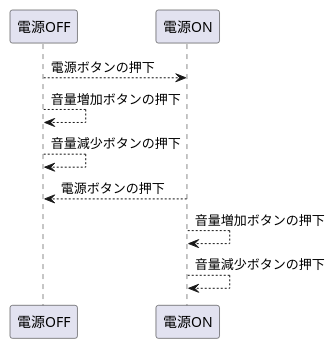
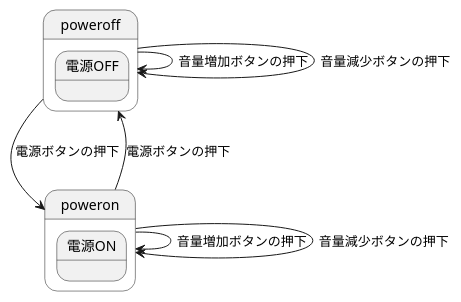
Before and after one commit to Miyoshi-Ryota/how-to-create-bgp: the first of 2 diagrams in howtocreatebgpd.adoc, drawn with PlantUML.

Commit message:
図をState図として認識されるように更新したつもり！

```diff
--- a/howtocreatebgpd.adoc
+++ b/howtocreatebgpd.adoc
@@ -69,13 +69,21 @@
 [plantuml]
 ----
 @startuml
 
-電源OFF --> 電源ON : 電源ボタンの押下
-電源OFF --> 電源OFF : 音量増加ボタンの押下
-電源OFF --> 電源OFF : 音量減少ボタンの押下
-電源ON --> 電源OFF : 電源ボタンの押下
-電源ON --> 電源ON : 音量増加ボタンの押下
-電源ON --> 電源ON : 音量減少ボタンの押下
+state poweroff {
+  state "電源OFF"
+}
+
+state poweron {
+  state "電源ON"
+}
+
+poweroff --> poweron : 電源ボタンの押下
+poweroff --> poweroff : 音量増加ボタンの押下
+poweroff --> poweroff : 音量減少ボタンの押下
+poweron --> poweroff : 電源ボタンの押下
+poweron --> poweron : 音量増加ボタンの押下
+poweron --> poweron : 音量減少ボタンの押下
 
 @enduml
 ----
```
